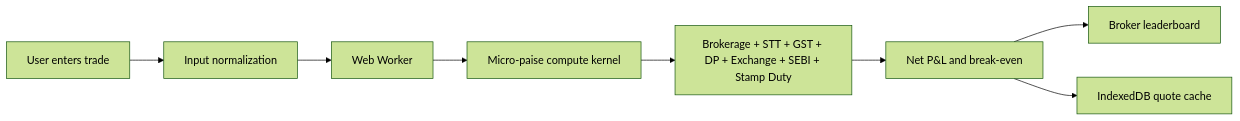
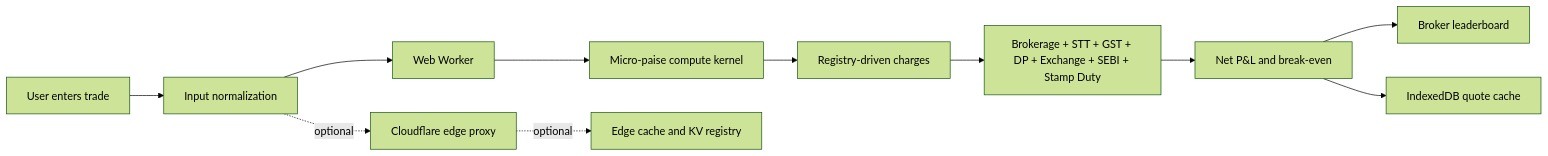
One commit to spartanfromk-18/TradeSetu changed the diagram in README.md. Above: the diagram before and after it, drawn with Mermaid (forest theme). The commit also changed other lines of this file and 45 other files, not shown here.

````diff
--- a/README.md
+++ b/README.md
@@ -89,10 +45,13 @@
 ```mermaid
 flowchart LR
     A[User enters trade] --> B[Input normalization]
     B --> C[Web Worker]
     C --> D[Micro-paise compute kernel]
-    D --> E[Brokerage + STT + GST + DP + Exchange + SEBI + Stamp Duty]
-    E --> F[Net P&L and break-even]
-    F --> G[Broker leaderboard]
-    F --> H[IndexedDB quote cache]
+    D --> E[Registry-driven charges]
+    E --> F[Brokerage + STT + GST + DP + Exchange + SEBI + Stamp Duty]
+    F --> G[Net P&L and break-even]
+    G --> H[Broker leaderboard]
+    G --> I[IndexedDB quote cache]
+    B -. optional .-> J[Cloudflare edge proxy]
+    J -. optional .-> K[Edge cache and KV registry]
 ```
````
